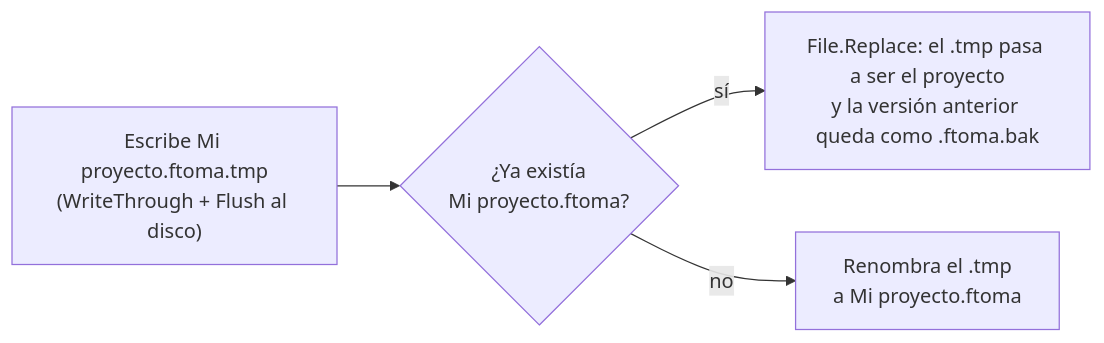
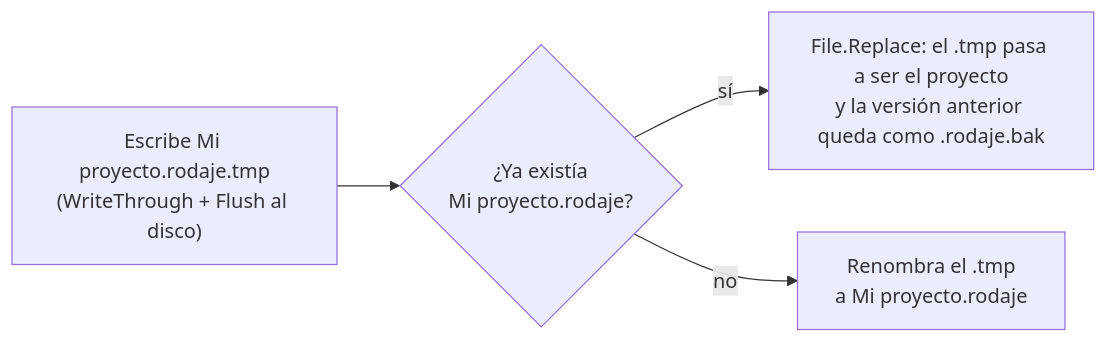
One commit to Dathinel/rodaje changed the second of 5 diagrams in docs/guia-tecnica.md. Above: the diagram before and after it, drawn with Mermaid. The commit also changed other lines of this file and 369 other files, not shown here.

````diff
--- a/docs/guia-tecnica.md
+++ b/docs/guia-tecnica.md
@@ -295,6 +295,6 @@
 ```mermaid
 flowchart LR
-    A["Escribe Mi proyecto.ftoma.tmp<br/>(WriteThrough + Flush al disco)"] --> B{"¿Ya existía<br/>Mi proyecto.ftoma?"}
-    B -->|"sí"| C["File.Replace: el .tmp pasa a ser el proyecto<br/>y la versión anterior queda como .ftoma.bak"]
-    B -->|"no"| D["Renombra el .tmp<br/>a Mi proyecto.ftoma"]
+    A["Escribe Mi proyecto.rodaje.tmp<br/>(WriteThrough + Flush al disco)"] --> B{"¿Ya existía<br/>Mi proyecto.rodaje?"}
+    B -->|"sí"| C["File.Replace: el .tmp pasa a ser el proyecto<br/>y la versión anterior queda como .rodaje.bak"]
+    B -->|"no"| D["Renombra el .tmp<br/>a Mi proyecto.rodaje"]
 ```
````
